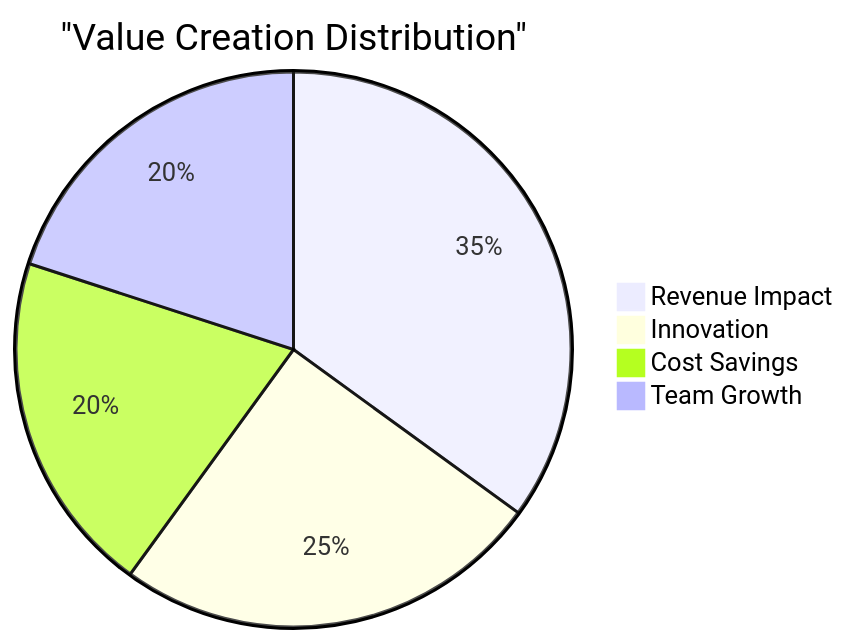
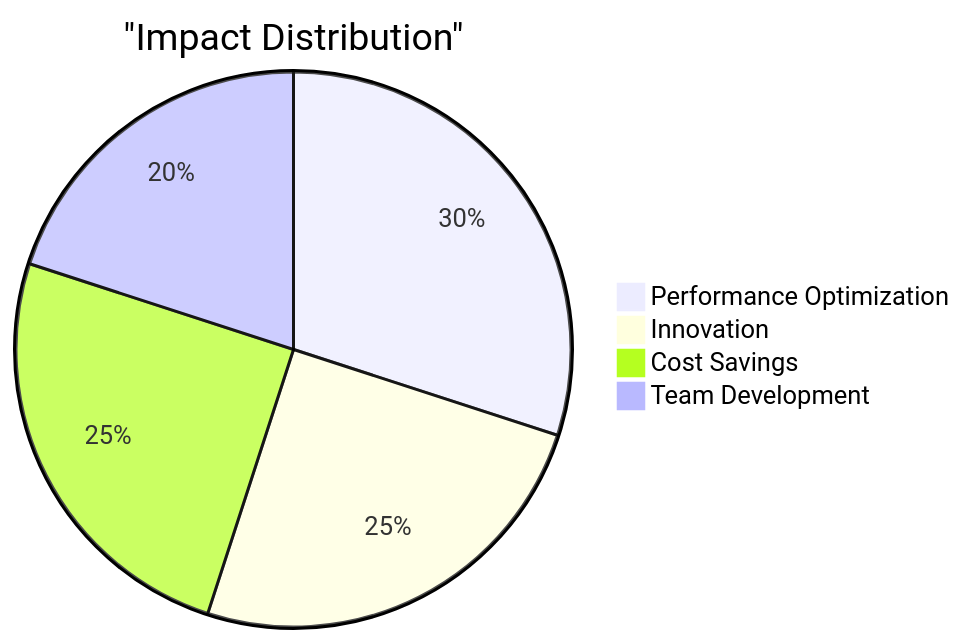
The second of 2 diagrams in README.md (bimashazaman/bimashazaman), drawn with Mermaid before and after one commit. The commit also changed other lines of this file, not shown here.

````diff
--- a/README.md
+++ b/README.md
@@ -161,7 +161,7 @@
 ```mermaid
-pie title "Value Creation Distribution"
-    "Revenue Impact" : 35
+pie title "Impact Distribution"
+    "Performance Optimization" : 30
     "Innovation" : 25
-    "Cost Savings" : 20
-    "Team Growth" : 20
+    "Cost Savings" : 25
+    "Team Development" : 20
 ```
````
